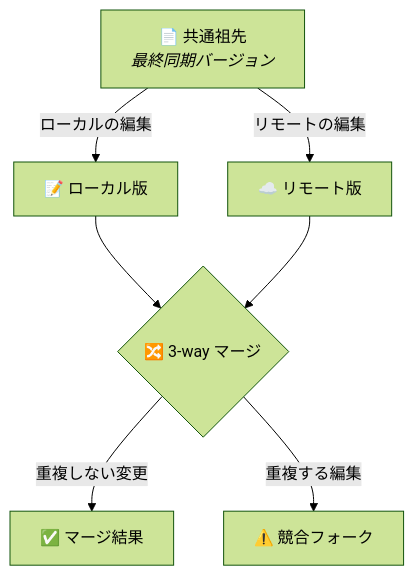
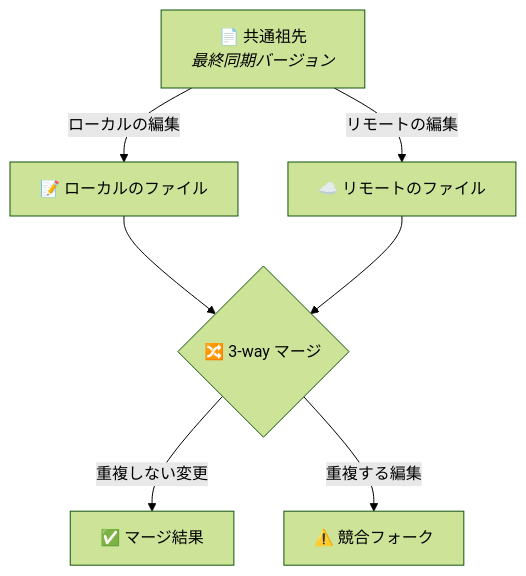
The third of 4 diagrams in README_ja.md (c-ardinal/obsidian-vault-sync), drawn with Mermaid (forest theme) before and after one commit. The commit also changed other lines of this file and 7 other files, not shown here.

````diff
--- a/README_ja.md
+++ b/README_ja.md
@@ -281,10 +281,10 @@
 ```mermaid
 graph TD
     A["📄 共通祖先<br/><i>最終同期バージョン</i>"]
-    A -->|"ローカルの編集"| B["📝 ローカル版"]
-    A -->|"リモートの編集"| C["☁️ リモート版"]
+    A -->|"ローカルの編集"| B["📝 ローカルのファイル"]
+    A -->|"リモートの編集"| C["☁️ リモートのファイル"]
     B --> D{"🔀 3-way マージ"}
     C --> D
     D -->|"重複しない変更"| E["✅ マージ結果"]
     D -->|"重複する編集"| F["⚠️ 競合フォーク"]
 ```
````
